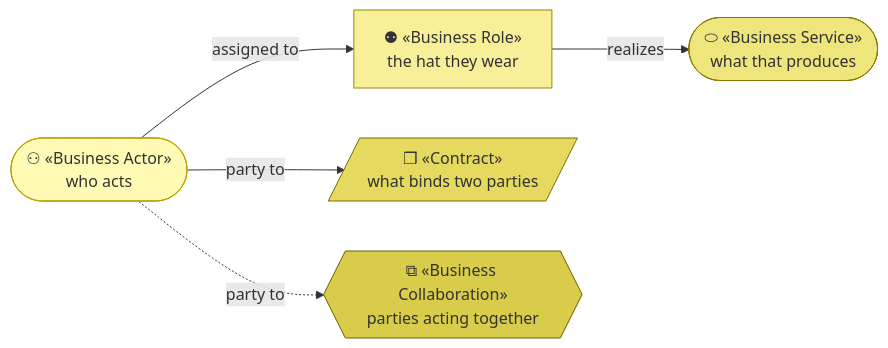
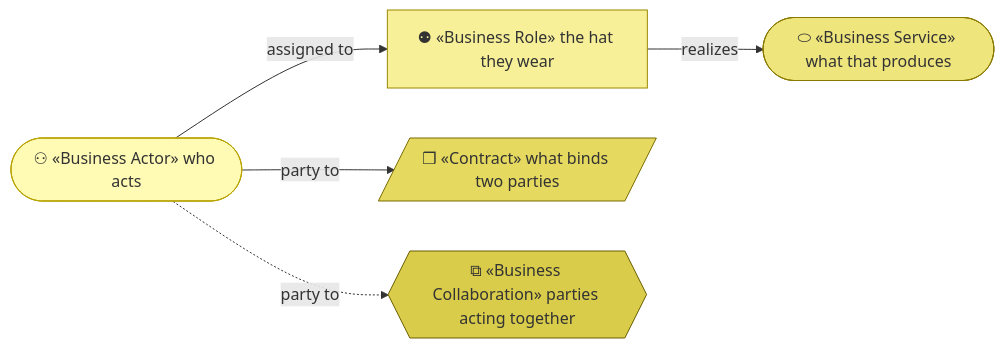
Before and after one commit to roanboc/architecture-archreator: the first of 3 diagrams in org-archreator/architecture/2_business/1_business-actors-and-roles.md, drawn with Mermaid. The commit also changed other lines of this file and 38 other files, not shown here.

````diff
--- a/org-archreator/architecture/2_business/1_business-actors-and-roles.md
+++ b/org-archreator/architecture/2_business/1_business-actors-and-roles.md
@@ -15,19 +15,19 @@
 ```mermaid
 flowchart LR
-  act(["⚇ «Business Actor»<br>who acts"]):::actor
-  role["⚉ «Business Role»<br>the hat they wear"]:::role
-  svc(["⬭ «Business Service»<br>what that produces"]):::service
-  ctr[/"❒ «Contract»<br>what binds two parties"/]:::contract
-  bcol{{"⧉ «Business Collaboration»<br>parties acting together"}}:::collab
+  act(["⚇ «Business Actor» who acts"]):::actor
+  role["⚉ «Business Role» the hat they wear"]:::role
+  svc(["⬭ «Business Service» what that produces"]):::service
+  ctr[/"❒ «Contract» what binds two parties"/]:::contract
+  bcol{{"⧉ «Business Collaboration» parties acting together"}}:::collab
 
   act -->|assigned to| role
   role -->|realizes| svc
   act -->|party to| ctr
   act -.->|party to| bcol
 
   classDef actor fill:#fffbb5,stroke:#b8a200,color:#333
   classDef role fill:#f7f099,stroke:#9a8800,color:#333
   classDef service fill:#efe57d,stroke:#8a7a00,color:#333
   classDef contract fill:#e5d95f,stroke:#7a6c00,color:#333
   classDef collab fill:#d9cc4a,stroke:#6b5f00,color:#333
 ```
````
